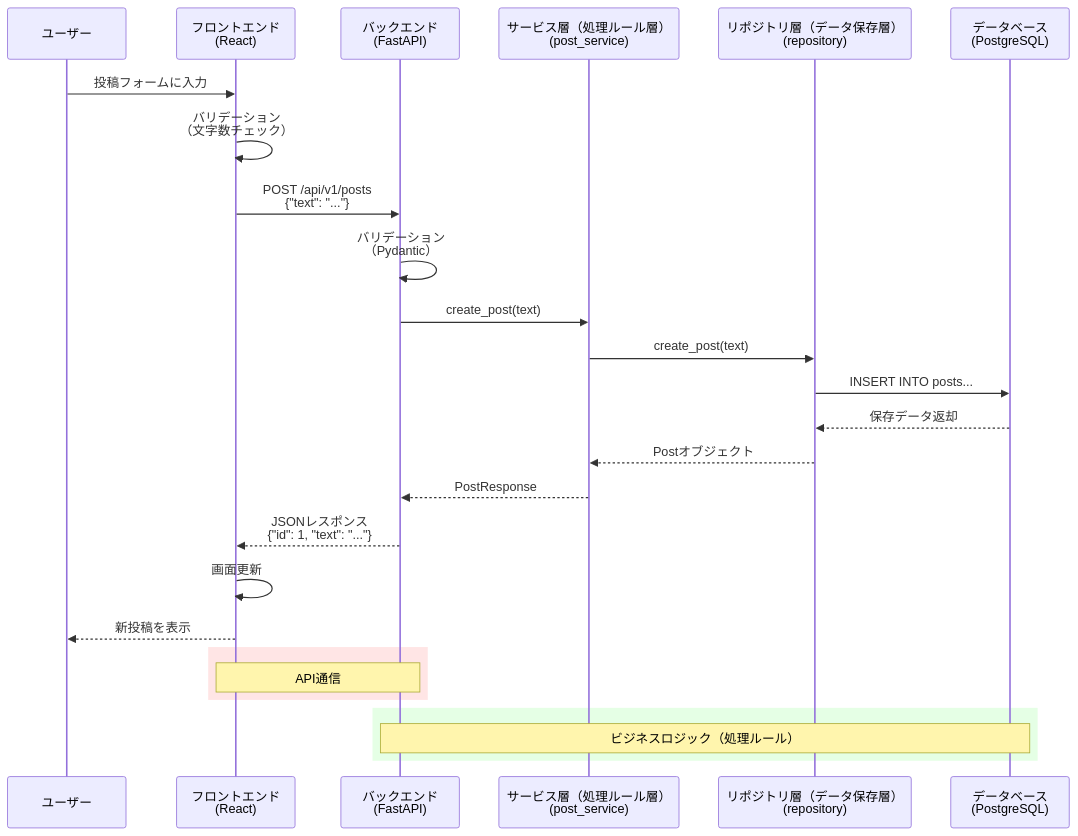
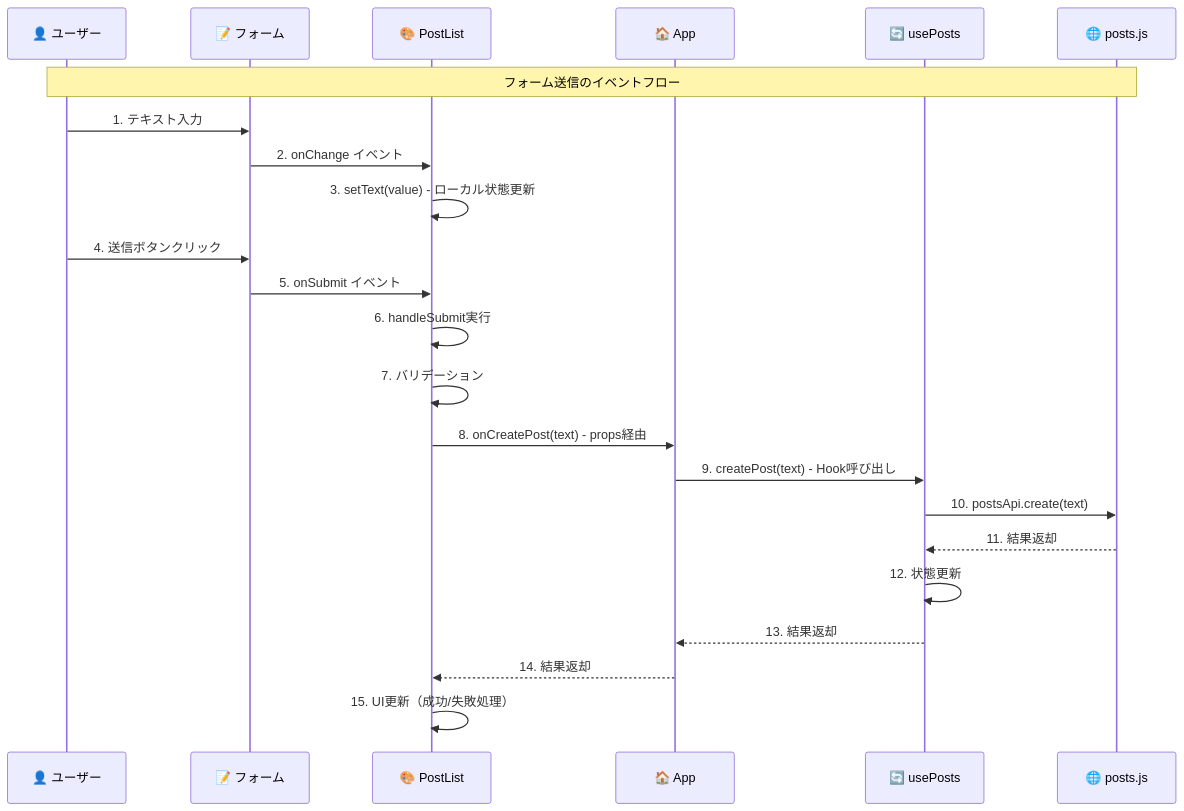
Before and after one commit to KITA-DS12/web-app-simple: diagram 14 of 29 in lecture-materials.md, drawn with Mermaid. The commit also changed other lines of this file and 13 other files, not shown here.

First line of the commit message:
fix: Mermaidシンタックスエラーの修正とフロントエンド設計説明の完成

````diff
--- a/lecture-materials.md
+++ b/lecture-materials.md
@@ -1213,31 +966,28 @@
 ```mermaid
 sequenceDiagram
-    participant U as ユーザー
-    participant F as フロントエンド<br/>(React)
-    participant B as バックエンド<br/>(FastAPI)
-    participant S as サービス層（処理ルール層）<br/>(post_service)
-    participant R as リポジトリ層（データ保存層）<br/>(repository)
-    participant D as データベース<br/>(PostgreSQL)
-
-    U->>F: 投稿フォームに入力
-    F->>F: バリデーション<br/>（文字数チェック）
-    F->>B: POST /api/v1/posts<br/>{"text": "..."}
-    B->>B: バリデーション<br/>（Pydantic）
-    B->>S: create_post(text)
-    S->>R: create_post(text)
-    R->>D: INSERT INTO posts...
-    D-->>R: 保存データ返却
-    R-->>S: Postオブジェクト
-    S-->>B: PostResponse
-    B-->>F: JSONレスポンス<br/>{"id": 1, "text": "..."}
-    F->>F: 画面更新
-    F-->>U: 新投稿を表示
+    participant U as 👤 ユーザー
+    participant Form as 📝 フォーム
+    participant PostList as 🎨 PostList
+    participant App as 🏠 App
+    participant Hook as 🔄 usePosts
+    participant API as 🌐 posts.js
     
-    rect rgba(255, 0, 0, 0.1)
-        Note over F,B: API通信
-    end
+    Note over U,API: フォーム送信のイベントフロー
     
-    rect rgba(0, 255, 0, 0.1)
-        Note over B,D: ビジネスロジック（処理ルール）
-    end
+    U->>Form: 1. テキスト入力
+    Form->>PostList: 2. onChange イベント
+    PostList->>PostList: 3. setText(value) - ローカル状態更新
+    
+    U->>Form: 4. 送信ボタンクリック
+    Form->>PostList: 5. onSubmit イベント
+    PostList->>PostList: 6. handleSubmit実行
+    PostList->>PostList: 7. バリデーション
+    PostList->>App: 8. onCreatePost(text) - props経由
+    App->>Hook: 9. createPost(text) - Hook呼び出し
+    Hook->>API: 10. postsApi.create(text)
+    API-->>Hook: 11. 結果返却
+    Hook->>Hook: 12. 状態更新
+    Hook-->>App: 13. 結果返却
+    App-->>PostList: 14. 結果返却
+    PostList->>PostList: 15. UI更新（成功/失敗処理）
 ```
````
